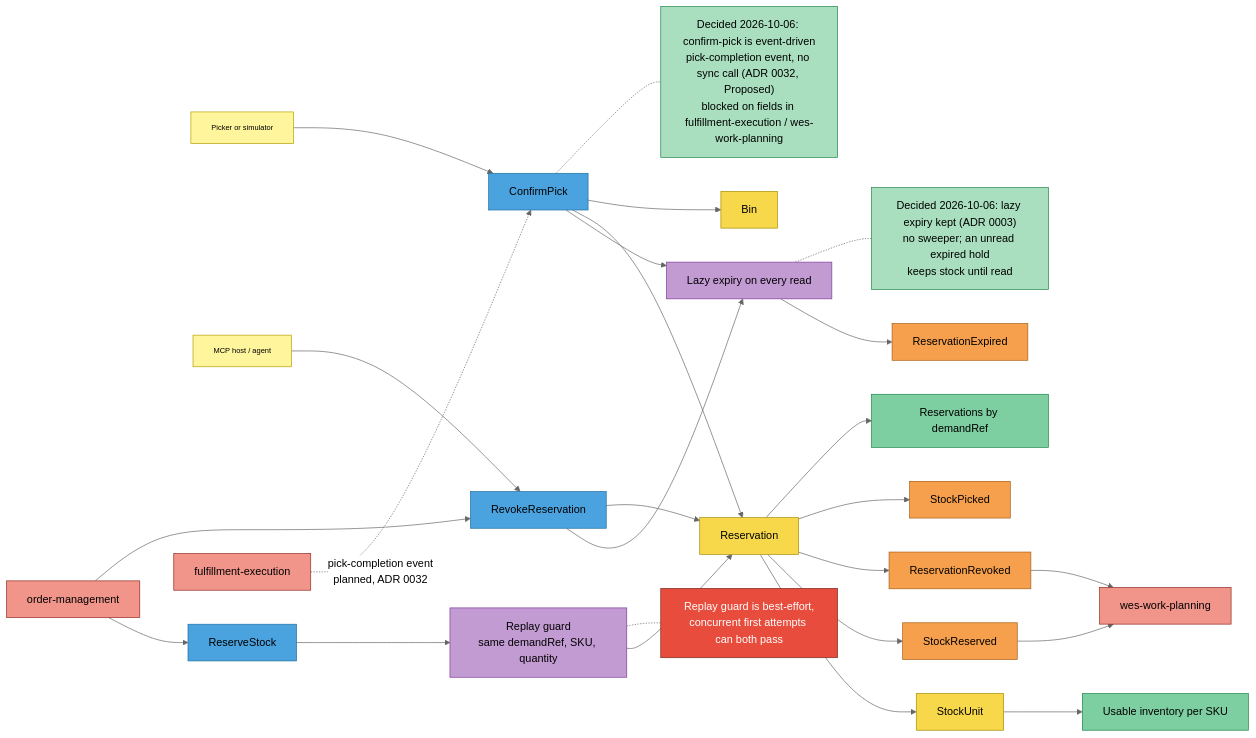
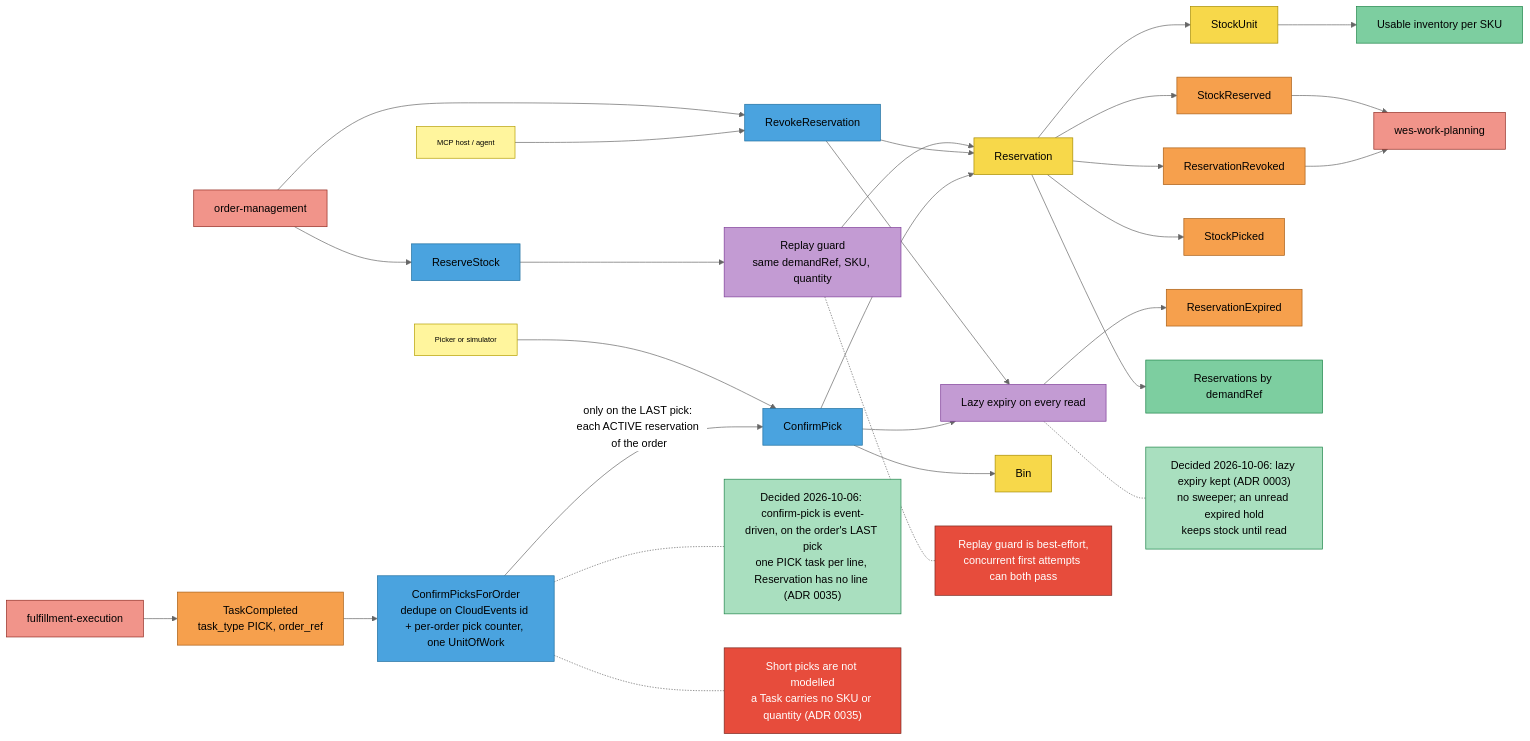
One commit to IQVO/inventory-storage changed the third of 4 diagrams in docs/docs/ddd/eventstorming.md. Above: the diagram before and after it, drawn with Mermaid (neutral theme). The commit also changed other lines of this file and 42 other files, not shown here.

First line of the commit message:
feat: confirm an order's picked reservations on its LAST pick from TaskCompleted (audit decisions 17, 17a) (#155)

````diff
--- a/docs/docs/ddd/eventstorming.md
+++ b/docs/docs/ddd/eventstorming.md
@@ -100,55 +100,60 @@
 ```mermaid
 flowchart LR
     OM["order-management"]:::external
     PK["Picker or simulator"]:::actor
     AG["MCP host / agent"]:::actor
     RSV["ReserveStock"]:::command
     RG["Replay guard<br/>same demandRef, SKU, quantity"]:::policy
     LE["Lazy expiry on every read"]:::policy
     RES["Reservation"]:::aggregate
     SU["StockUnit"]:::aggregate
     BIN["Bin"]:::aggregate
     SR["StockReserved"]:::event
     REV["RevokeReservation"]:::command
     RR["ReservationRevoked"]:::event
     CPK["ConfirmPick"]:::command
     SP["StockPicked"]:::event
     RE["ReservationExpired"]:::event
     WP["wes-work-planning"]:::external
     UI["Usable inventory per SKU"]:::readmodel
     RBD["Reservations by demandRef"]:::readmodel
     FE["fulfillment-execution"]:::external
+    TCE["TaskCompleted<br/>task_type PICK, order_ref"]:::event
+    CPO["ConfirmPicksForOrder<br/>dedupe on CloudEvents id + per-order pick counter, one UnitOfWork"]:::command
     H5["Decided 2026-10-06: lazy expiry kept (ADR 0003)<br/>no sweeper; an unread expired hold<br/>keeps stock until read"]:::decided
     H6["Replay guard is best-effort,<br/>concurrent first attempts can both pass"]:::hotspot
-    H7["Decided 2026-10-06: confirm-pick is event-driven<br/>pick-completion event, no sync call (ADR 0032, Proposed)<br/>blocked on fields in fulfillment-execution / wes-work-planning"]:::decided
+    H7["Decided 2026-10-06: confirm-pick is event-driven, on the order's LAST pick<br/>one PICK task per line, Reservation has no line (ADR 0035)"]:::decided
+    H9["Short picks are not modelled<br/>a Task carries no SKU or quantity (ADR 0035)"]:::hotspot
 
     OM --> RSV --> RG --> RES
     RES --> SU
     RES --> SR --> WP
     OM --> REV
     AG --> REV
     REV --> LE
     REV --> RES
     RES --> RR --> WP
     PK --> CPK --> LE
-    FE -.->|"pick-completion event<br/>planned, ADR 0032"| CPK
+    FE --> TCE --> CPO
+    CPO -->|"only on the LAST pick: each ACTIVE reservation of the order"| CPK
     CPK --> RES
     CPK --> BIN
     RES --> SP
     LE --> RE
     SU --> UI
     RES --> RBD
     LE -.- H5
     RG -.- H6
-    CPK -.- H7
+    CPO -.- H7
+    CPO -.- H9
 
     classDef actor fill:#fff59d,stroke:#b59f00,color:#000,font-size:11px
     classDef command fill:#4aa3df,stroke:#1f6f9f,color:#000
     classDef aggregate fill:#f7d84a,stroke:#a68b00,color:#000
     classDef event fill:#f6a04d,stroke:#a85d14,color:#000
     classDef policy fill:#c39bd3,stroke:#7d3c98,color:#000
     classDef readmodel fill:#7dcea0,stroke:#1e8449,color:#000
     classDef external fill:#f1948a,stroke:#922b21,color:#000
     classDef hotspot fill:#e74c3c,stroke:#78281f,color:#fff
     classDef decided fill:#a9dfbf,stroke:#1e8449,color:#000
 ```
````
